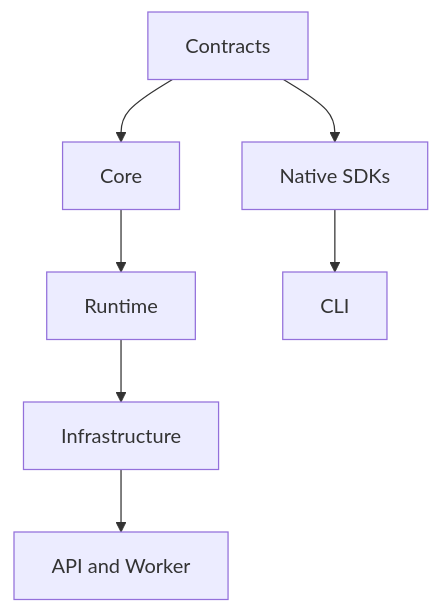
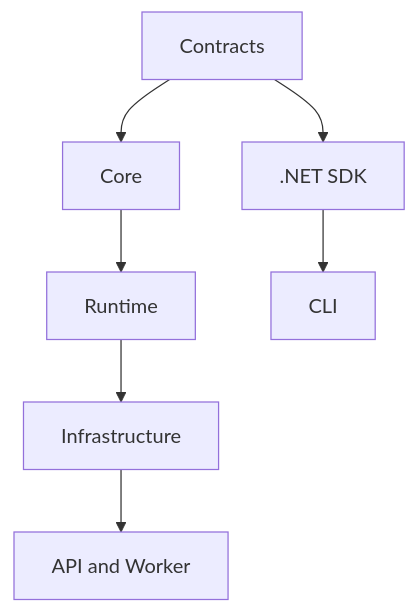
Before and after one commit to lazineziri/iRoute: diagram 13 of 16 in docs/architecture.md, drawn with Mermaid. The commit also changed other lines of this file and 25 other files, not shown here.

````diff
--- a/docs/architecture.md
+++ b/docs/architecture.md
@@ -233,9 +220,9 @@
 ```mermaid
 flowchart TD
     A["Contracts"] --> B["Core"]
     B --> C["Runtime"]
     C --> D["Infrastructure"]
     D --> E["API and Worker"]
-    A --> F["Native SDKs"]
+    A --> F[".NET SDK"]
     F --> G["CLI"]
 ```
````
